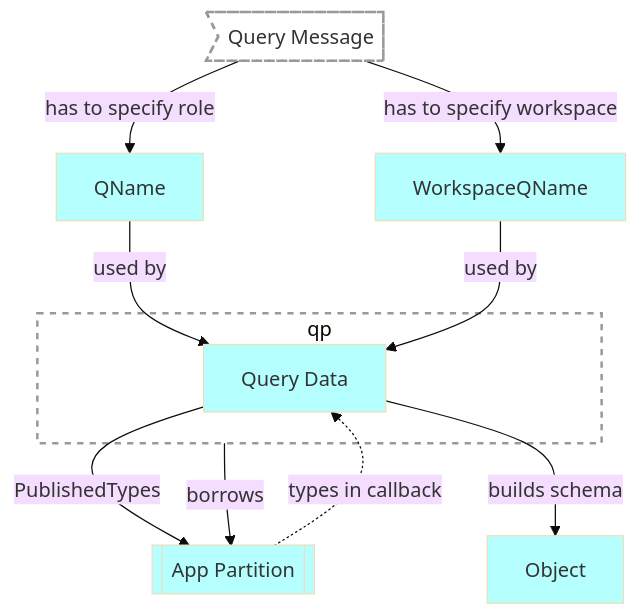
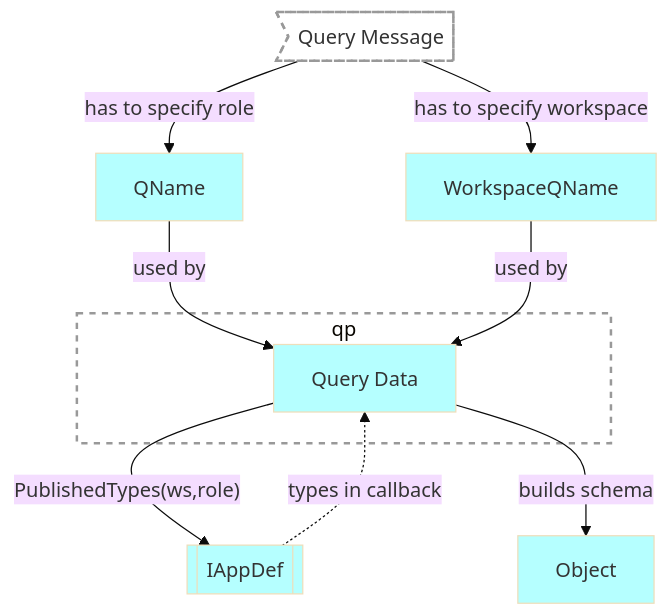
Before and after one commit to voedger/voedger-internals: the diagram in server/apiv2/read-ws-role-schema.md, drawn with Mermaid (base theme). The commit also changed other lines of this file, not shown here.

Commit message:
refactor role schema documentation and update callback types for clarity and consistency

````diff
--- a/server/apiv2/read-ws-role-schema.md
+++ b/server/apiv2/read-ws-role-schema.md
@@ -22,26 +22,25 @@
 ```mermaid
 flowchart
 qpMessage>Query Message]:::G
 qp[Query Processor]:::G
 queryData[Query Data]:::S
-appPartition[[App Partition]]:::S
+appdef[[IAppDef]]:::S
 object[Object]:::S
 subgraph qp
     queryData[Query Data]:::S
 end
 qpMessage --> |has to specify role|QName:::S
 qpMessage --> |has to specify workspace|WorkspaceQName:::S
 QName --> |used by|queryData
 WorkspaceQName --> |used by|queryData
-qp --> |borrows|appPartition
-queryData --> |PublishedTypes|appPartition
-appPartition -.-> |types in callback|queryData
+queryData --> |"PublishedTypes(ws,role)"|appdef
+appdef -.-> |types in callback|queryData
 queryData --> |builds schema|object
 
 
 %% Styles ====================
 classDef B fill:#FFFFB5,color:#333
 classDef S fill:#B5FFFF,color:#333
 classDef H fill:#C9E7B7,color:#333
 classDef G fill:#ffffff15, stroke:#999, stroke-width:2px, stroke-dasharray: 5 5
 ```
````
